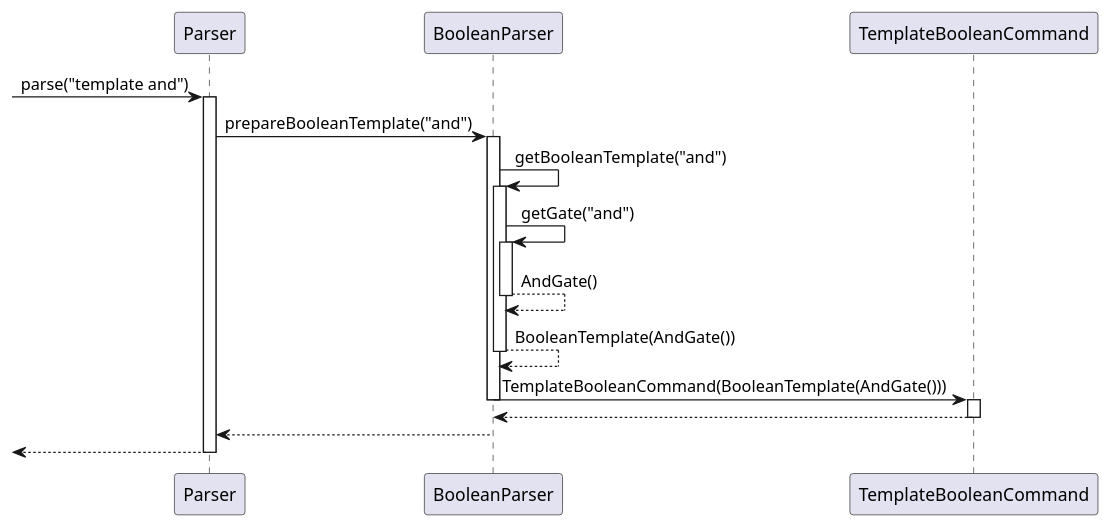
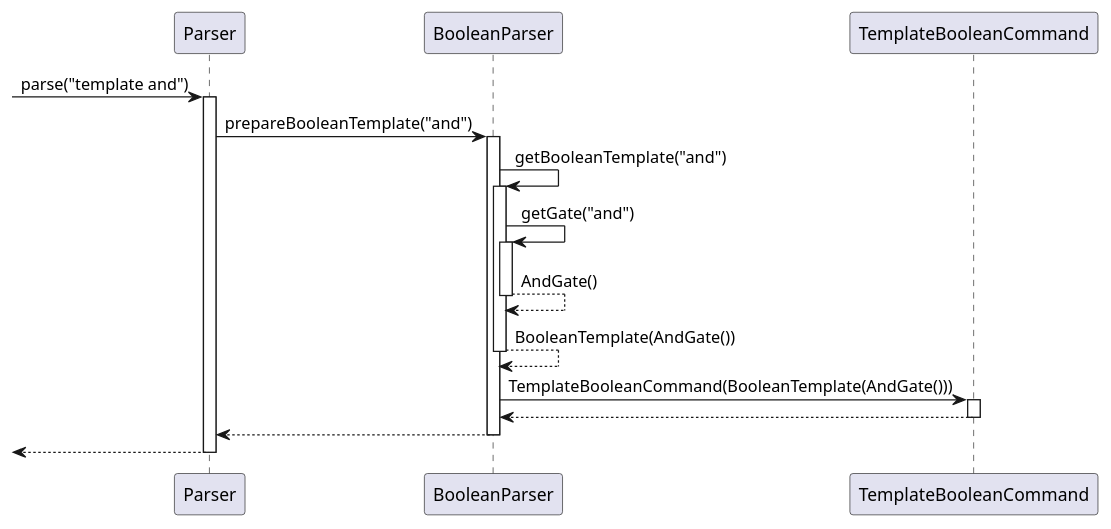
Before and after one commit to sevenseasofbri/tp: the diagram in docs/diagrams/TemplateBooleanCommand.puml, drawn with PlantUML.

```diff
--- a/docs/diagrams/TemplateBooleanCommand.puml
+++ b/docs/diagrams/TemplateBooleanCommand.puml
@@ -1,41 +1,39 @@
 @startuml
 [->Parser: parse("template and")
 
 activate Parser
 
 Parser-> BooleanParser: prepareBooleanTemplate("and")
 
 activate BooleanParser
 
 BooleanParser -> BooleanParser: getBooleanTemplate("and")
 
 activate BooleanParser
 
 BooleanParser -> BooleanParser: getGate("and")
 
 activate BooleanParser
 
 BooleanParser --> BooleanParser: AndGate()
 
 deactivate BooleanParser
 
 BooleanParser --> BooleanParser: BooleanTemplate(AndGate())
 
 deactivate BooleanParser
 
 BooleanParser -> TemplateBooleanCommand: TemplateBooleanCommand(BooleanTemplate(AndGate()))
 
-deactivate BooleanParser
-
 activate TemplateBooleanCommand
 
 TemplateBooleanCommand --> BooleanParser
 deactivate TemplateBooleanCommand 
 
 BooleanParser --> Parser
 deactivate BooleanParser
 
 [<-- Parser
 deactivate Parser
 
 @enduml
```
